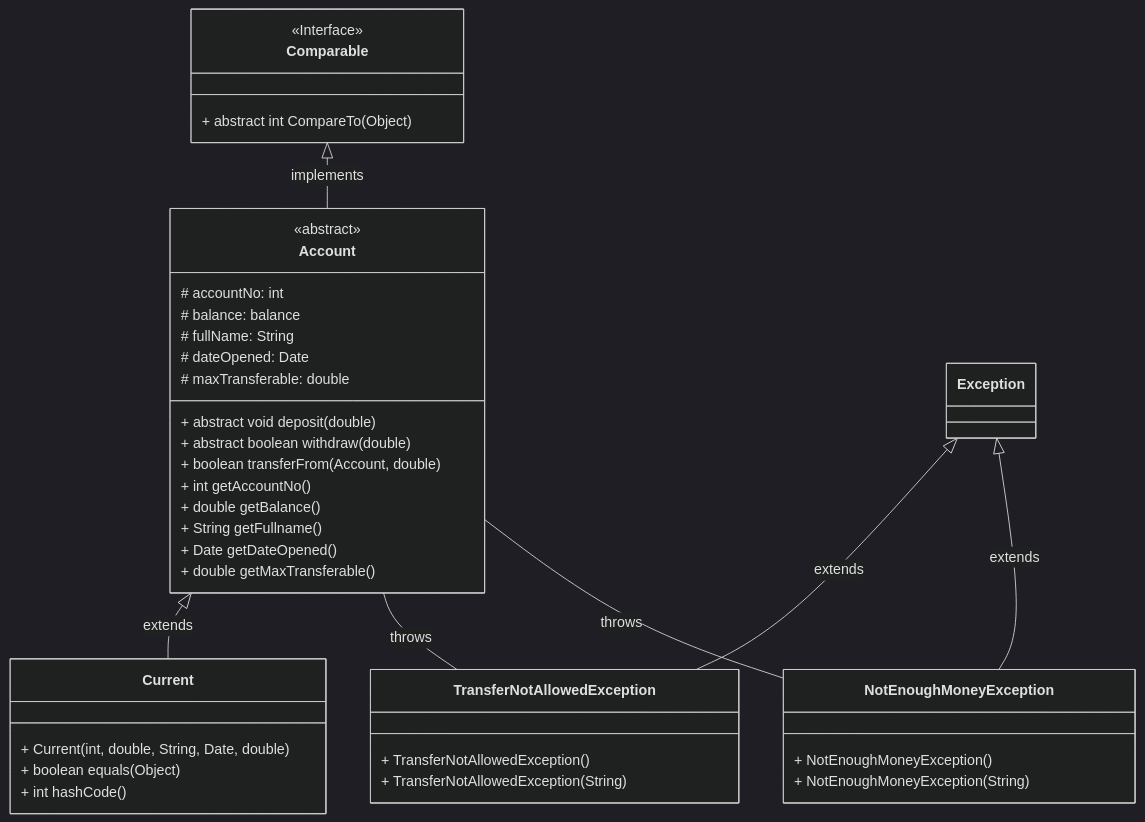
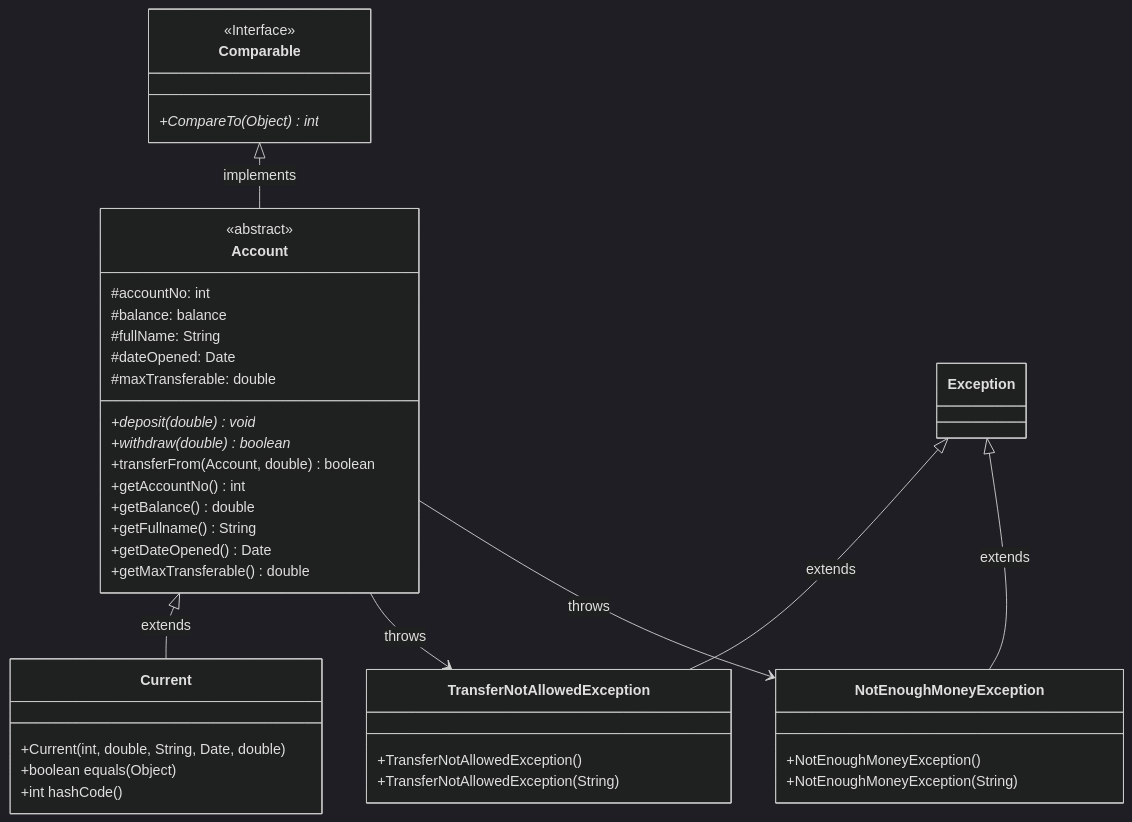
Before and after one commit to duyamn/EECS2030-AW22: the first of 4 diagrams in EECS2030_AW22_RW_Collection.md, drawn with Mermaid (dark theme). The commit also changed other lines of this file, not shown here.

````diff
--- a/EECS2030_AW22_RW_Collection.md
+++ b/EECS2030_AW22_RW_Collection.md
@@ -559,46 +573,46 @@
 ```mermaid
 classDiagram
 
 Comparable <|-- Account : implements
 Account <|-- Current : extends
 Exception <|-- TransferNotAllowedException : extends
 Exception <|-- NotEnoughMoneyException : extends
-Account -- TransferNotAllowedException : throws
-Account -- NotEnoughMoneyException : throws
+Account --> TransferNotAllowedException : throws
+Account --> NotEnoughMoneyException : throws
 
 class Comparable {
   <<Interface>>
-  + abstract int CompareTo(Object)
+  +CompareTo(Object)* int
 }
 class Account {
   <<abstract>>
-  # accountNo: int
-  # balance: balance
-  # fullName: String
-  # dateOpened: Date
-  # maxTransferable: double
-  + abstract void deposit(double)
-  + abstract boolean withdraw(double)
-  + boolean transferFrom(Account, double)
-  + int getAccountNo()
-  + double getBalance()
-  + String getFullname()
-  + Date getDateOpened()
-  + double getMaxTransferable()
+  #accountNo: int
+  #balance: balance
+  #fullName: String
+  #dateOpened: Date
+  #maxTransferable: double
+  +deposit(double)* void
+  +withdraw(double)* boolean
+  +transferFrom(Account, double) boolean
+  +getAccountNo() int
+  +getBalance() double
+  +getFullname() String
+  +getDateOpened() Date
+  +getMaxTransferable() double
 }
 class Current {
-  + Current(int, double, String, Date, double)
-  + boolean equals(Object)
-  + int hashCode()
+  +Current(int, double, String, Date, double)
+  +boolean equals(Object)
+  +int hashCode()
 }
 class Exception
 
 class TransferNotAllowedException{
-  + TransferNotAllowedException()
-  + TransferNotAllowedException(String)
+  +TransferNotAllowedException()
+  +TransferNotAllowedException(String)
 }
 class NotEnoughMoneyException{
-  + NotEnoughMoneyException()
-  + NotEnoughMoneyException(String)
+  +NotEnoughMoneyException()
+  +NotEnoughMoneyException(String)
 }
 ```
````
